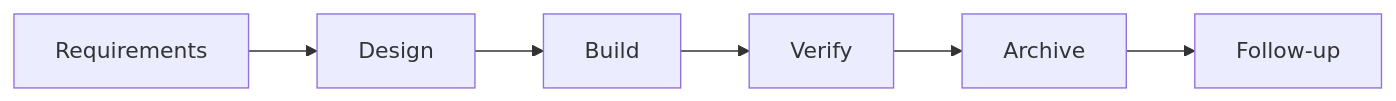
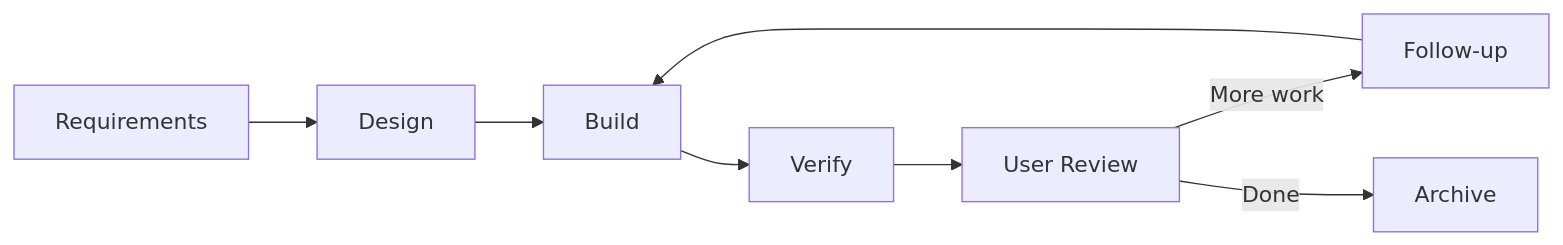
Before and after one commit to rp1-run/rp1: the first of 2 diagrams in docs/guides/feature-development.md, drawn with Mermaid. The commit also changed other lines of this file and 42 other files, not shown here.

````diff
--- a/docs/guides/feature-development.md
+++ b/docs/guides/feature-development.md
@@ -51,8 +80,10 @@
 ```mermaid
 flowchart LR
     R[Requirements] --> D[Design]
     D --> Bu[Build]
     Bu --> V[Verify]
-    V --> A[Archive]
-    A --> F[Follow-up]
+    V --> UR[User Review]
+    UR -->|More work| F[Follow-up]
+    F --> Bu
+    UR -->|Done| A[Archive]
 ```
````
